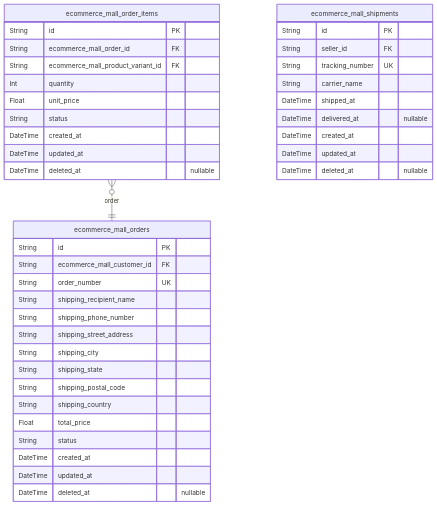
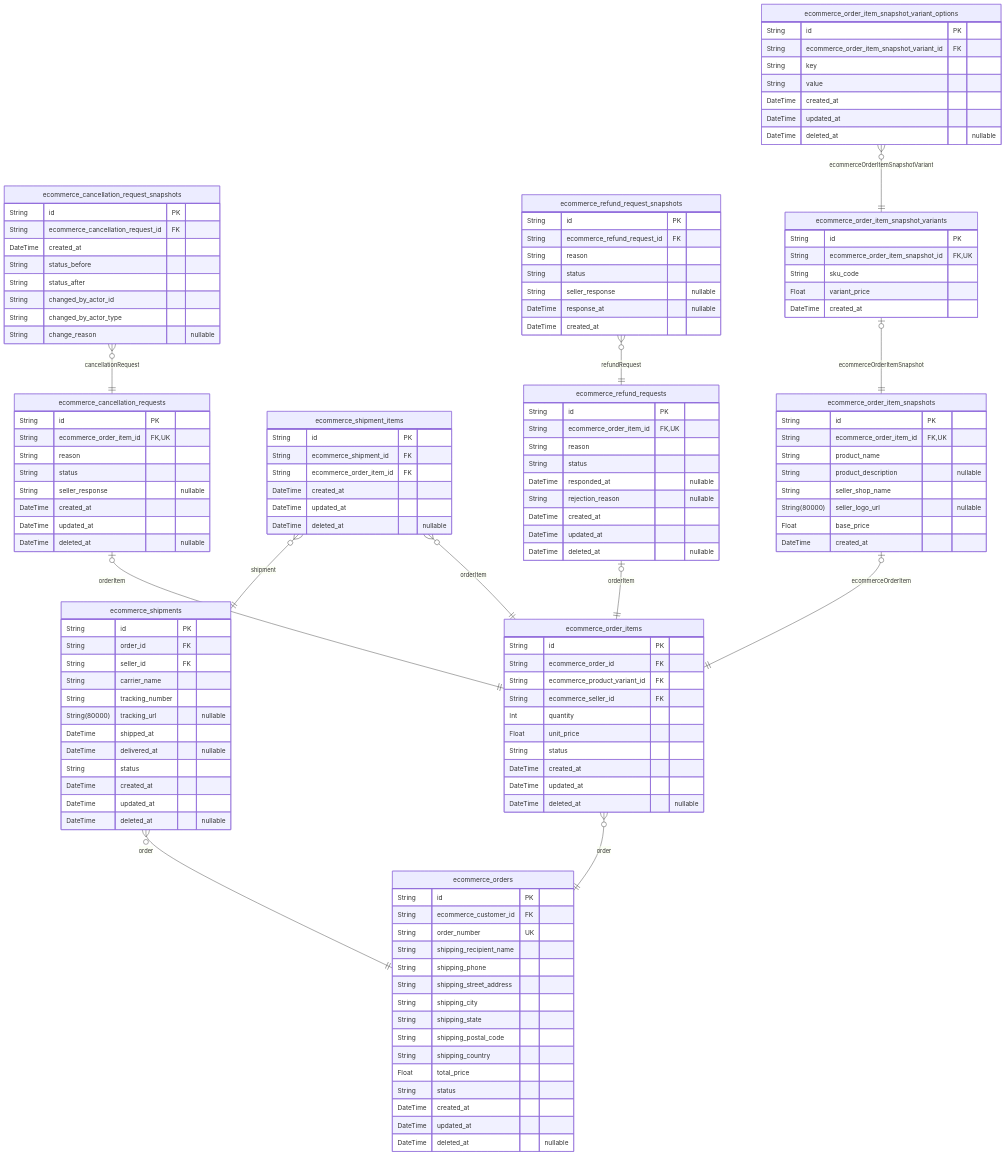
One commit to wrtnlabs/autobe-examples changed the sixth of 8 diagrams in qwen/qwen3.5-122b-a10b/shopping/docs/ERD.md. Above: the diagram before and after it, drawn with Mermaid. The commit also changed other lines of this file and 32093 other files, not shown here.

````diff
--- a/qwen/qwen3.5-122b-a10b/shopping/docs/ERD.md
+++ b/qwen/qwen3.5-122b-a10b/shopping/docs/ERD.md
@@ -934,11 +2182,11 @@
 ```mermaid
 erDiagram
-"ecommerce_mall_orders" {
+"ecommerce_orders" {
   String id PK
-  String ecommerce_mall_customer_id FK
+  String ecommerce_customer_id FK
   String order_number UK
   String shipping_recipient_name
-  String shipping_phone_number
+  String shipping_phone
   String shipping_street_address
   String shipping_city
   String shipping_state
@@ -950,10 +2198,11 @@
   DateTime updated_at
   DateTime deleted_at "nullable"
 }
-"ecommerce_mall_order_items" {
+"ecommerce_order_items" {
   String id PK
-  String ecommerce_mall_order_id FK
-  String ecommerce_mall_product_variant_id FK
+  String ecommerce_order_id FK
+  String ecommerce_product_variant_id FK
+  String ecommerce_seller_id FK
   Int quantity
   Float unit_price
   String status
@@ -961,16 +2210,103 @@
   DateTime updated_at
   DateTime deleted_at "nullable"
 }
-"ecommerce_mall_shipments" {
+"ecommerce_order_item_snapshots" {
   String id PK
+  String ecommerce_order_item_id FK,UK
+  String product_name
+  String product_description "nullable"
+  String seller_shop_name
+  String(80000) seller_logo_url "nullable"
+  Float base_price
+  DateTime created_at
+}
+"ecommerce_shipments" {
+  String id PK
+  String order_id FK
   String seller_id FK
-  String tracking_number UK
   String carrier_name
+  String tracking_number
+  String(80000) tracking_url "nullable"
   DateTime shipped_at
   DateTime delivered_at "nullable"
+  String status
   DateTime created_at
   DateTime updated_at
   DateTime deleted_at "nullable"
 }
-"ecommerce_mall_order_items" }o--|| "ecommerce_mall_orders" : order
+"ecommerce_shipment_items" {
+  String id PK
+  String ecommerce_shipment_id FK
+  String ecommerce_order_item_id FK
+  DateTime created_at
+  DateTime updated_at
+  DateTime deleted_at "nullable"
+}
+"ecommerce_cancellation_requests" {
+  String id PK
+  String ecommerce_order_item_id FK,UK
+  String reason
+  String status
+  String seller_response "nullable"
+  DateTime created_at
+  DateTime updated_at
+  DateTime deleted_at "nullable"
+}
+"ecommerce_cancellation_request_snapshots" {
+  String id PK
+  String ecommerce_cancellation_request_id FK
+  DateTime created_at
+  String status_before
+  String status_after
+  String changed_by_actor_id
+  String changed_by_actor_type
+  String change_reason "nullable"
+}
+"ecommerce_refund_requests" {
+  String id PK
+  String ecommerce_order_item_id FK,UK
+  String reason
+  String status
+  DateTime responded_at "nullable"
+  String rejection_reason "nullable"
+  DateTime created_at
+  DateTime updated_at
+  DateTime deleted_at "nullable"
+}
+"ecommerce_refund_request_snapshots" {
+  String id PK
+  String ecommerce_refund_request_id FK
+  String reason
+  String status
+  String seller_response "nullable"
+  DateTime response_at "nullable"
+  DateTime created_at
+}
+"ecommerce_order_item_snapshot_variants" {
+  String id PK
+  String ecommerce_order_item_snapshot_id FK,UK
+  String sku_code
+  Float variant_price
+  DateTime created_at
+}
+"ecommerce_order_item_snapshot_variant_options" {
+  String id PK
+  String ecommerce_order_item_snapshot_variant_id FK
+  String key
+  String value
+  DateTime created_at
+  DateTime updated_at
+  DateTime deleted_at "nullable"
+}
+"ecommerce_order_items" }o--|| "ecommerce_orders" : order
+"ecommerce_order_item_snapshots" |o--|| "ecommerce_order_items" : ecommerceOrderItem
+"ecommerce_shipments" }o--|| "ecommerce_orders" : order
+"ecommerce_shipment_items" }o--|| "ecommerce_shipments" : shipment
+"ecommerce_shipment_items" }o--|| "ecommerce_order_items" : orderItem
+"ecommerce_cancellation_requests" |o--|| "ecommerce_order_items" : orderItem
+"ecommerce_cancellation_request_snapshots" }o--|| "ecommerce_cancellation_requests" : cancellationRequest
+"ecommerce_refund_requests" |o--|| "ecommerce_order_items" : orderItem
+"ecommerce_refund_request_snapshots" }o--|| "ecommerce_refund_requests" : refundRequest
+"ecommerce_order_item_snapshot_variants" |o--|| "ecommerce_order_item_snapshots" : ecommerceOrderItemSnapshot
+"ecommerce_order_item_snapshot_variant_options" }o--|| "ecommerce_order_item_snapshot_variants" : ecommerceOrderItemSnapshotVariant
 ```
````
